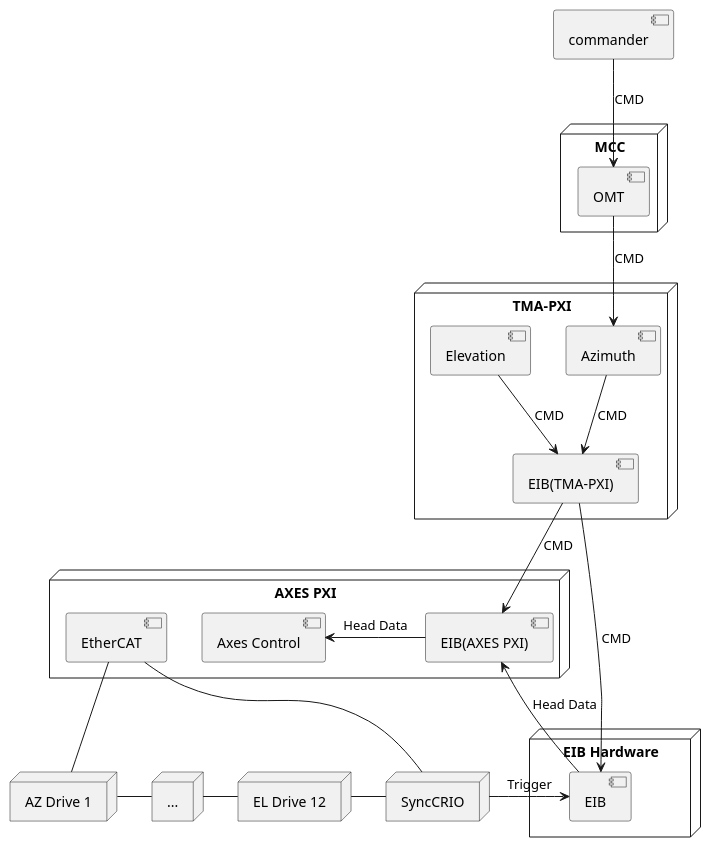
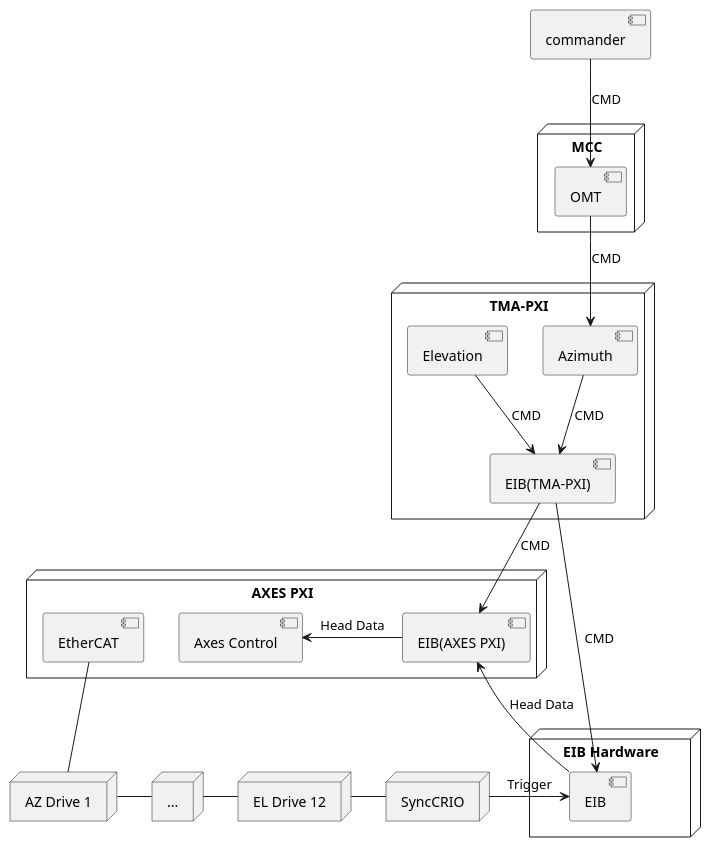
One commit to lsst-ts/ts_tma_tma-documentation_pxi-controller_documentation changed the first of 2 diagrams in 06 Subsystem EIB/00 Introduction.md. Above: the diagram before and after it, drawn with PlantUML. The commit also changed other lines of this file and 17 other files, not shown here.

````diff
--- a/06 Subsystem EIB/00 Introduction.md
+++ b/06 Subsystem EIB/00 Introduction.md
@@ -9,40 +13,39 @@
 ```plantuml
 @startuml
 node "MCC"{
     [OMT]
 }
 node "TMA-PXI"{
     [Azimuth]
     [Elevation]
     [EIB(TMA-PXI)]
 }
 node "AXES PXI"{
     [EIB(AXES PXI)]
     [Axes Control]
     [EtherCAT]
 }
 node "EIB Hardware"{
     [EIB]
 }
 node "SyncCRIO"
 node "AZ Drive 1"
 node "..."
 node "EL Drive 12"
 [commander]-down->[OMT]:CMD
 [OMT]-down->[Azimuth]:CMD
 [Azimuth]-down->[EIB(TMA-PXI)]:CMD
 [Elevation]-down->[EIB(TMA-PXI)]:CMD
 [EIB(TMA-PXI)]-down->[EIB(AXES PXI)]:CMD
 [EIB(AXES PXI)]-left->[Axes Control]:Head Data
 [EIB(TMA-PXI)]-down->[EIB]:CMD
 [EIB]-up->[EIB(AXES PXI)]:Head Data
 
 [EtherCAT] -down- "AZ Drive 1"
 "AZ Drive 1" -right- "..."
 "..." -right- "EL Drive 12"
 "EL Drive 12" -right- SyncCRIO
-SyncCRIO-up-[EtherCAT]
 SyncCRIO-right--> EIB :Trigger
 
 @enduml
 ```
````
